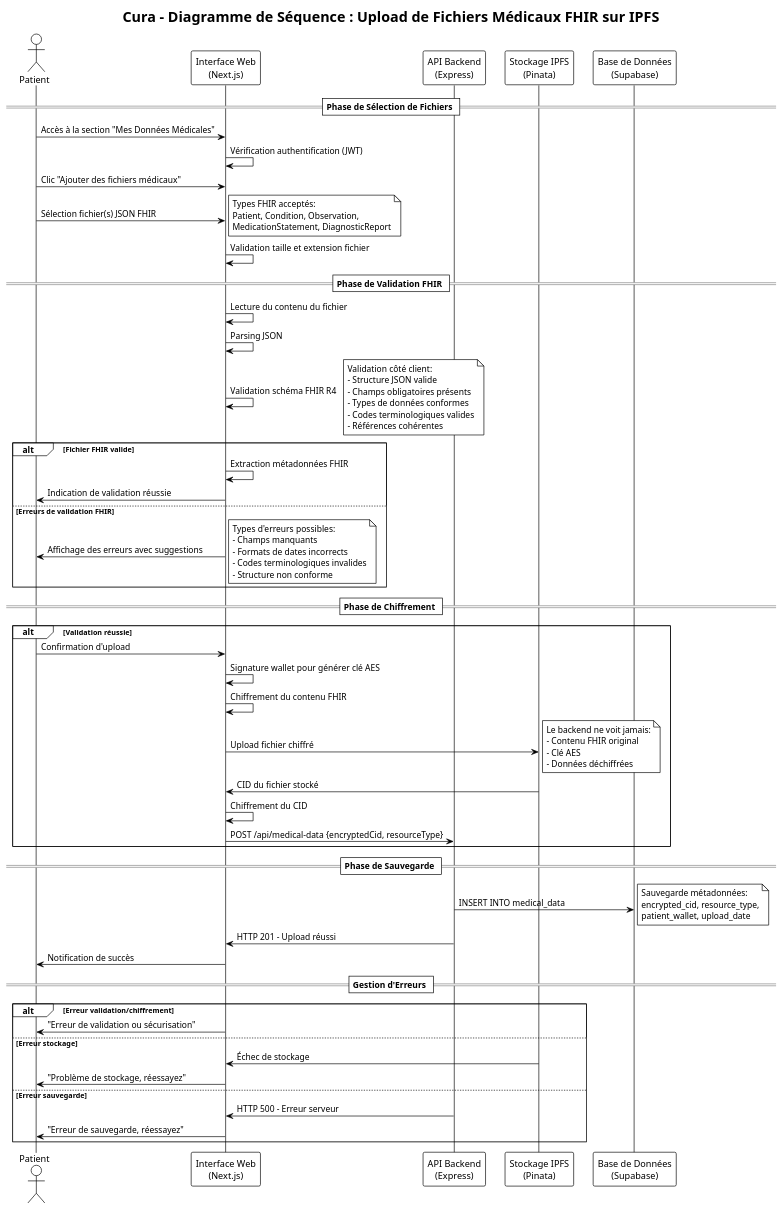
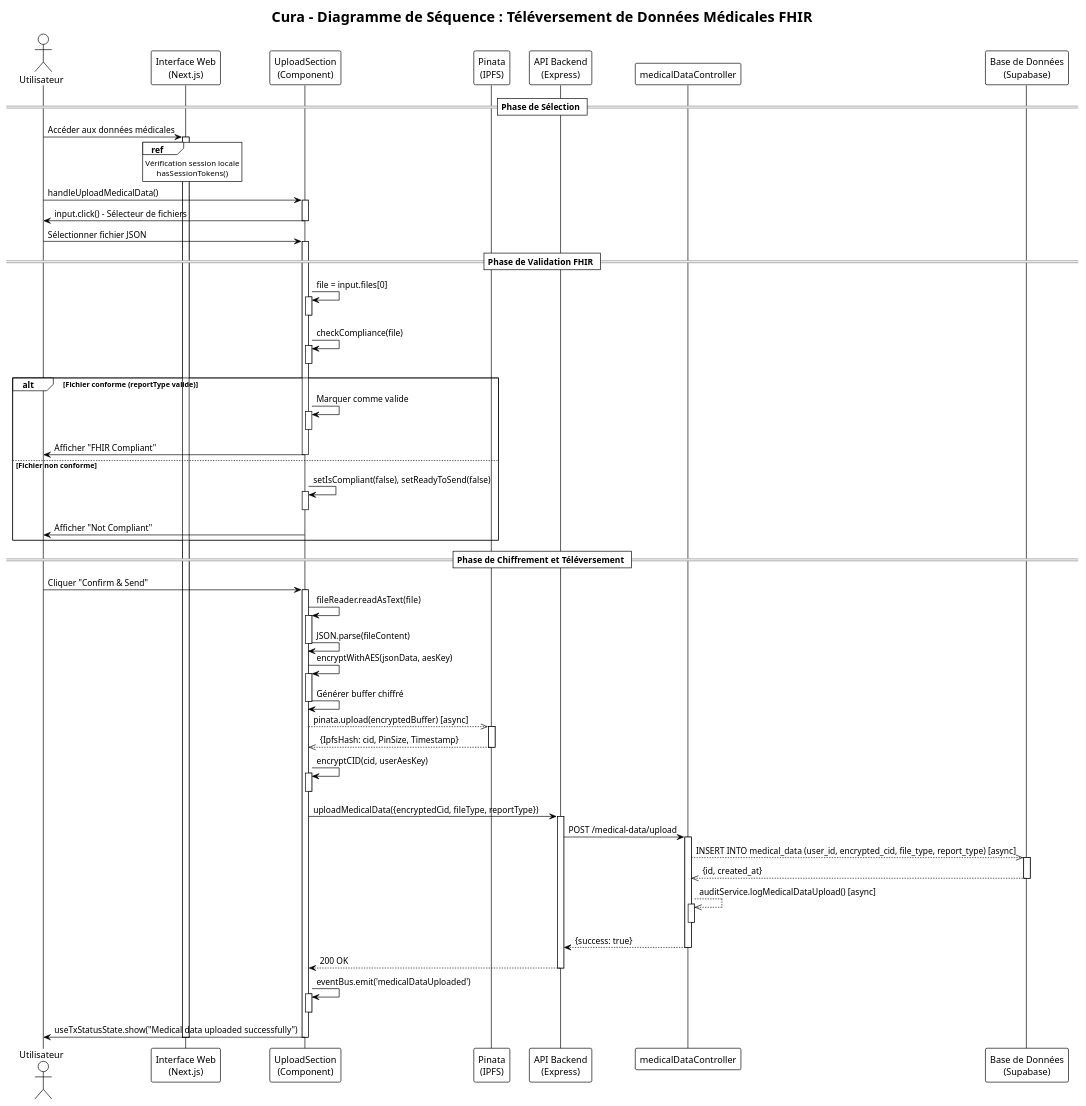
The diagram in docs/sequence-diagrams/medical-data-upload-sequence.puml (monark-community/zk-medical-data-exchange), drawn with PlantUML before and after one commit. The commit also changed 22 other files, not shown here.

First line of the commit message:
feat: Update sequence diagrams (#348)

```diff
--- a/docs/sequence-diagrams/medical-data-upload-sequence.puml
+++ b/docs/sequence-diagrams/medical-data-upload-sequence.puml
@@ -1,93 +1,99 @@
 @startuml Medical_Data_Upload_Sequence
 !theme plain
 
-title Cura - Diagramme de Séquence : Upload de Fichiers Médicaux FHIR sur IPFS
+title Cura - Diagramme de Séquence : Téléversement de Données Médicales FHIR
 
-actor "Patient" as Patient
+actor "Utilisateur" as User
 participant "Interface Web\n(Next.js)" as Frontend
+participant "UploadSection\n(Component)" as UploadComponent
+participant "Pinata\n(IPFS)" as IPFS
 participant "API Backend\n(Express)" as Backend
-participant "Stockage IPFS\n(Pinata)" as IPFS
+participant "medicalDataController" as Controller
 participant "Base de Données\n(Supabase)" as Database
 
-== Phase de Sélection de Fichiers ==
-Patient -> Frontend : Accès à la section "Mes Données Médicales"
-Frontend -> Frontend : Vérification authentification (JWT)
-Patient -> Frontend : Clic "Ajouter des fichiers médicaux"
-
-Patient -> Frontend : Sélection fichier(s) JSON FHIR
-note right
-Types FHIR acceptés:
-Patient, Condition, Observation,
-MedicationStatement, DiagnosticReport
-end note
-
-Frontend -> Frontend : Validation taille et extension fichier
+== Phase de Sélection ==
+User -> Frontend : Accéder aux données médicales
+activate Frontend
+ref over Frontend
+    Vérification session locale
+    hasSessionTokens()
+end ref
+User -> UploadComponent : handleUploadMedicalData()
+activate UploadComponent
+UploadComponent -> User : input.click() - Sélecteur de fichiers
+deactivate UploadComponent
+User -> UploadComponent : Sélectionner fichier JSON
+activate UploadComponent
 
 == Phase de Validation FHIR ==
-Frontend -> Frontend : Lecture du contenu du fichier
-Frontend -> Frontend : Parsing JSON
-Frontend -> Frontend : Validation schéma FHIR R4
-note right
-Validation côté client:
-- Structure JSON valide
-- Champs obligatoires présents
-- Types de données conformes
-- Codes terminologiques valides
-- Références cohérentes
-end note
+UploadComponent -> UploadComponent : file = input.files[0]
+activate UploadComponent
+deactivate UploadComponent
+UploadComponent -> UploadComponent : checkCompliance(file)
+activate UploadComponent
+deactivate UploadComponent
 
-alt Fichier FHIR valide
-    Frontend -> Frontend : Extraction métadonnées FHIR
-    Frontend -> Patient : Indication de validation réussie
-else Erreurs de validation FHIR
-    Frontend -> Patient : Affichage des erreurs avec suggestions
-    note right
-    Types d'erreurs possibles:
-    - Champs manquants
-    - Formats de dates incorrects
-    - Codes terminologiques invalides
-    - Structure non conforme
-    end note
+alt Fichier conforme (reportType valide)
+    UploadComponent -> UploadComponent : Marquer comme valide
+    activate UploadComponent
+    deactivate UploadComponent
+    UploadComponent -> User : Afficher "FHIR Compliant"
+    deactivate UploadComponent
+else Fichier non conforme
+    UploadComponent -> UploadComponent : setIsCompliant(false), setReadyToSend(false)
+    activate UploadComponent
+    deactivate UploadComponent
+    UploadComponent -> User : Afficher "Not Compliant"
+    deactivate UploadComponent
 end
 
-== Phase de Chiffrement ==
-alt Validation réussie
-    Patient -> Frontend : Confirmation d'upload
-    Frontend -> Frontend : Signature wallet pour générer clé AES
-    Frontend -> Frontend : Chiffrement du contenu FHIR
-    Frontend -> IPFS : Upload fichier chiffré
-    note right
-    Le backend ne voit jamais:
-    - Contenu FHIR original
-    - Clé AES
-    - Données déchiffrées
-    end note
-    
-    IPFS -> Frontend : CID du fichier stocké
-    Frontend -> Frontend : Chiffrement du CID
-    Frontend -> Backend : POST /api/medical-data {encryptedCid, resourceType}
-end
+== Phase de Chiffrement et Téléversement ==
+User -> UploadComponent : Cliquer "Confirm & Send"
+activate UploadComponent
+UploadComponent -> UploadComponent : fileReader.readAsText(file)
+activate UploadComponent
+UploadComponent -> UploadComponent : JSON.parse(fileContent)
+deactivate UploadComponent
+UploadComponent -> UploadComponent : encryptWithAES(jsonData, aesKey)
+activate UploadComponent
+UploadComponent -> UploadComponent : Générer buffer chiffré
+deactivate UploadComponent
 
-== Phase de Sauvegarde ==
-Backend -> Database : INSERT INTO medical_data
-note right
-Sauvegarde métadonnées:
-encrypted_cid, resource_type,
-patient_wallet, upload_date
-end note
+UploadComponent -->> IPFS : pinata.upload(encryptedBuffer) [async]
+activate IPFS
+IPFS -->> UploadComponent : {IpfsHash: cid, PinSize, Timestamp}
+deactivate IPFS
 
-Backend -> Frontend : HTTP 201 - Upload réussi
-Frontend -> Patient : Notification de succès
+UploadComponent -> UploadComponent : encryptCID(cid, userAesKey)
+activate UploadComponent
+deactivate UploadComponent
 
-== Gestion d'Erreurs ==
-alt Erreur validation/chiffrement
-    Frontend -> Patient : "Erreur de validation ou sécurisation"
-else Erreur stockage
-    IPFS -> Frontend : Échec de stockage
-    Frontend -> Patient : "Problème de stockage, réessayez"
-else Erreur sauvegarde
-    Backend -> Frontend : HTTP 500 - Erreur serveur
-    Frontend -> Patient : "Erreur de sauvegarde, réessayez"
-end
+UploadComponent -> Backend : uploadMedicalData({encryptedCid, fileType, reportType})
+activate Backend
+Backend -> Controller : POST /medical-data/upload
+activate Controller
+
+Controller -->> Database : INSERT INTO medical_data (user_id, encrypted_cid, file_type, report_type) [async]
+activate Database
+Database -->> Controller : {id, created_at}
+deactivate Database
+
+Controller -->> Controller : auditService.logMedicalDataUpload() [async]
+activate Controller
+deactivate Controller
+
+Controller --> Backend : {success: true}
+deactivate Controller
+
+Backend --> UploadComponent : 200 OK
+deactivate Backend
+
+UploadComponent -> UploadComponent : eventBus.emit('medicalDataUploaded')
+activate UploadComponent
+deactivate UploadComponent
+
+UploadComponent -> User : useTxStatusState.show("Medical data uploaded successfully")
+deactivate UploadComponent
+deactivate Frontend
 
 @enduml
```
